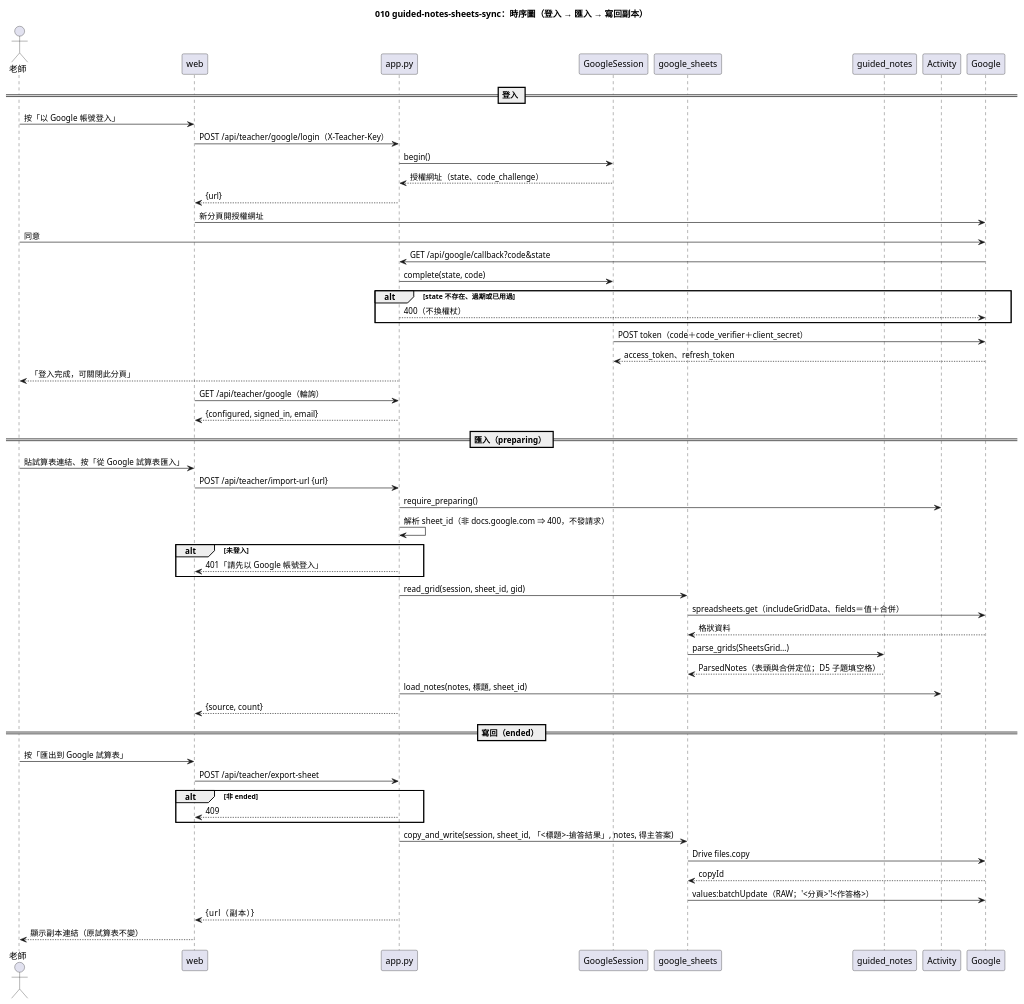
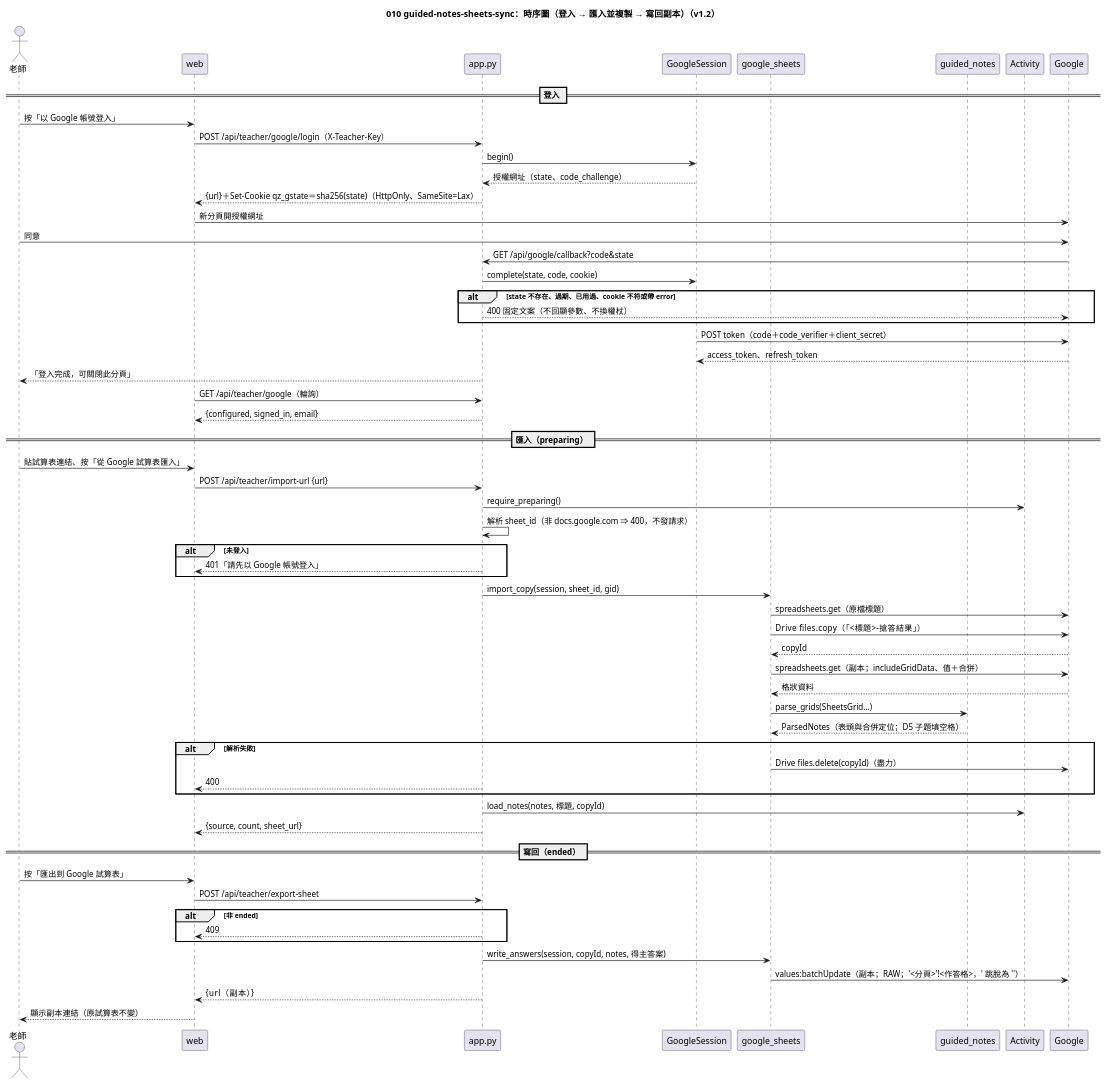
The diagram in diagrams/010-guided-notes-sheets-sync-sequence.puml (yue083139/software_fin-speckit), drawn with PlantUML before and after one commit. The commit also changed 14 other files, not shown here.

First line of the commit message:
docs(specs): [CORE] 010-guided-notes-sheets-sync v1.2——提案輪評審藥方與負責人裁定

```diff
--- a/diagrams/010-guided-notes-sheets-sync-sequence.puml
+++ b/diagrams/010-guided-notes-sheets-sync-sequence.puml
@@ -1,60 +1,65 @@
 @startuml 010-guided-notes-sheets-sync-sequence
-title 010 guided-notes-sheets-sync：時序圖（登入 → 匯入 → 寫回副本）
+title 010 guided-notes-sheets-sync：時序圖（登入 → 匯入並複製 → 寫回副本）（v1.2）
 
 actor "老師" as T
 participant "web" as W
 participant "app.py" as App
 participant "GoogleSession" as S
 participant "google_sheets" as GS
 participant "guided_notes" as GN
 participant "Activity" as Act
 participant "Google" as G
 
 == 登入 ==
 T -> W : 按「以 Google 帳號登入」
 W -> App : POST /api/teacher/google/login（X-Teacher-Key）
 App -> S : begin()
 S --> App : 授權網址（state、code_challenge）
-App --> W : {url}
+App --> W : {url}＋Set-Cookie qz_gstate＝sha256(state)（HttpOnly、SameSite=Lax）
 W -> G : 新分頁開授權網址
 T -> G : 同意
 G -> App : GET /api/google/callback?code&state
-App -> S : complete(state, code)
-alt state 不存在、過期或已用過
-  App --> G : 400（不換權杖）
+App -> S : complete(state, code, cookie)
+alt state 不存在、過期、已用過、cookie 不符或帶 error
+  App --> G : 400 固定文案（不回顯參數、不換權杖）
 end
 S -> G : POST token（code＋code_verifier＋client_secret）
 G --> S : access_token、refresh_token
 App --> T : 「登入完成，可關閉此分頁」
 W -> App : GET /api/teacher/google（輪詢）
 App --> W : {configured, signed_in, email}
 
 == 匯入（preparing） ==
 T -> W : 貼試算表連結、按「從 Google 試算表匯入」
 W -> App : POST /api/teacher/import-url {url}
 App -> Act : require_preparing()
 App -> App : 解析 sheet_id（非 docs.google.com ⇒ 400，不發請求）
 alt 未登入
   App --> W : 401「請先以 Google 帳號登入」
 end
-App -> GS : read_grid(session, sheet_id, gid)
-GS -> G : spreadsheets.get（includeGridData、fields＝值＋合併）
+App -> GS : import_copy(session, sheet_id, gid)
+GS -> G : spreadsheets.get（原檔標題）
+GS -> G : Drive files.copy（「<標題>-搶答結果」）
+G --> GS : copyId
+GS -> G : spreadsheets.get（副本；includeGridData、值＋合併）
 G --> GS : 格狀資料
 GS -> GN : parse_grids(SheetsGrid…)
 GN --> GS : ParsedNotes（表頭與合併定位；D5 子題填空格）
-App -> Act : load_notes(notes, 標題, sheet_id)
-App --> W : {source, count}
+alt 解析失敗
+  GS -> G : Drive files.delete(copyId)（盡力）
+  App --> W : 400
+end
+App -> Act : load_notes(notes, 標題, copyId)
+App --> W : {source, count, sheet_url}
 
 == 寫回（ended） ==
 T -> W : 按「匯出到 Google 試算表」
 W -> App : POST /api/teacher/export-sheet
 alt 非 ended
   App --> W : 409
 end
-App -> GS : copy_and_write(session, sheet_id, 「<標題>-搶答結果」, notes, 得主答案)
-GS -> G : Drive files.copy
-G --> GS : copyId
-GS -> G : values:batchUpdate（RAW；'<分頁>'!<作答格>）
+App -> GS : write_answers(session, copyId, notes, 得主答案)
+GS -> G : values:batchUpdate（副本；RAW；'<分頁>'!<作答格>，' 跳脫為 ''）
 App --> W : {url（副本）}
 W --> T : 顯示副本連結（原試算表不變）
 @enduml
```
